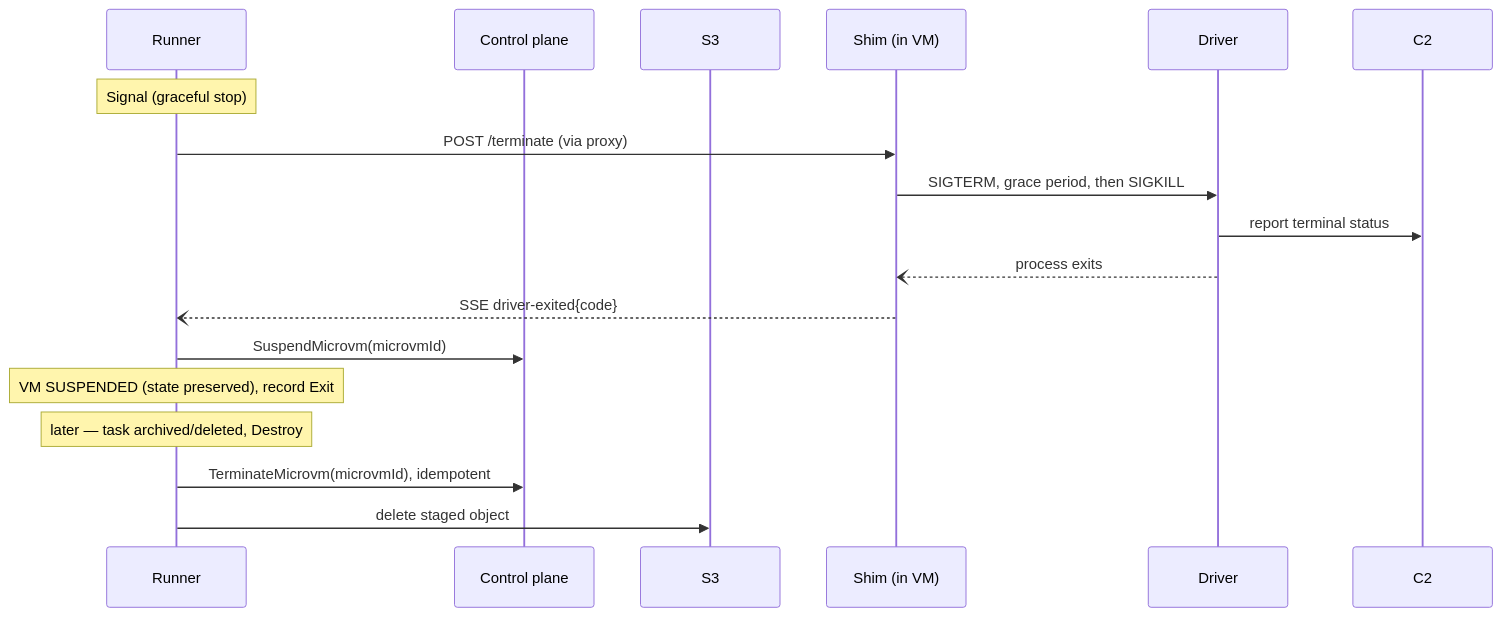
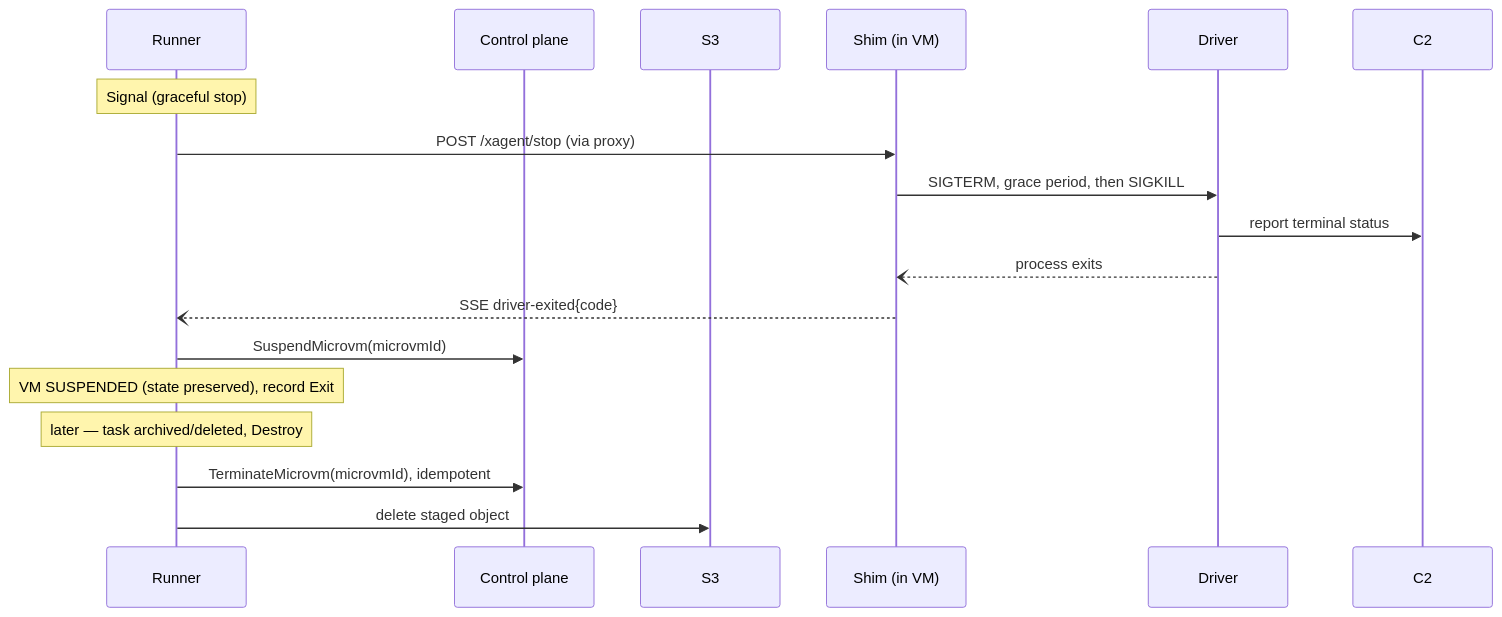
The fourth of 4 diagrams in proposals/draft/lambda-microvm-backend.md (icholy/xagent), drawn with Mermaid before and after one commit. The commit also changed other lines of this file, not shown here.

Commit message:
proposal: split runner graceful-stop onto a dedicated /xagent/stop endpoint

````diff
--- a/proposals/draft/lambda-microvm-backend.md
+++ b/proposals/draft/lambda-microvm-backend.md
@@ -352,22 +354,22 @@
 ```mermaid
 sequenceDiagram
     participant R as Runner
     participant CP as Control plane
     participant S3
     participant Shim as Shim (in VM)
     participant Drv as Driver
     participant C2
 
     Note over R: Signal (graceful stop)
-    R->>Shim: POST /terminate (via proxy)
+    R->>Shim: POST /xagent/stop (via proxy)
     Shim->>Drv: SIGTERM, grace period, then SIGKILL
     Drv->>C2: report terminal status
     Drv--)Shim: process exits
     Shim--)R: SSE driver-exited{code}
     R->>CP: SuspendMicrovm(microvmId)
     Note over R: VM SUSPENDED (state preserved), record Exit
 
     Note over R: later — task archived/deleted, Destroy
     R->>CP: TerminateMicrovm(microvmId), idempotent
     R->>S3: delete staged object
 ```
````
